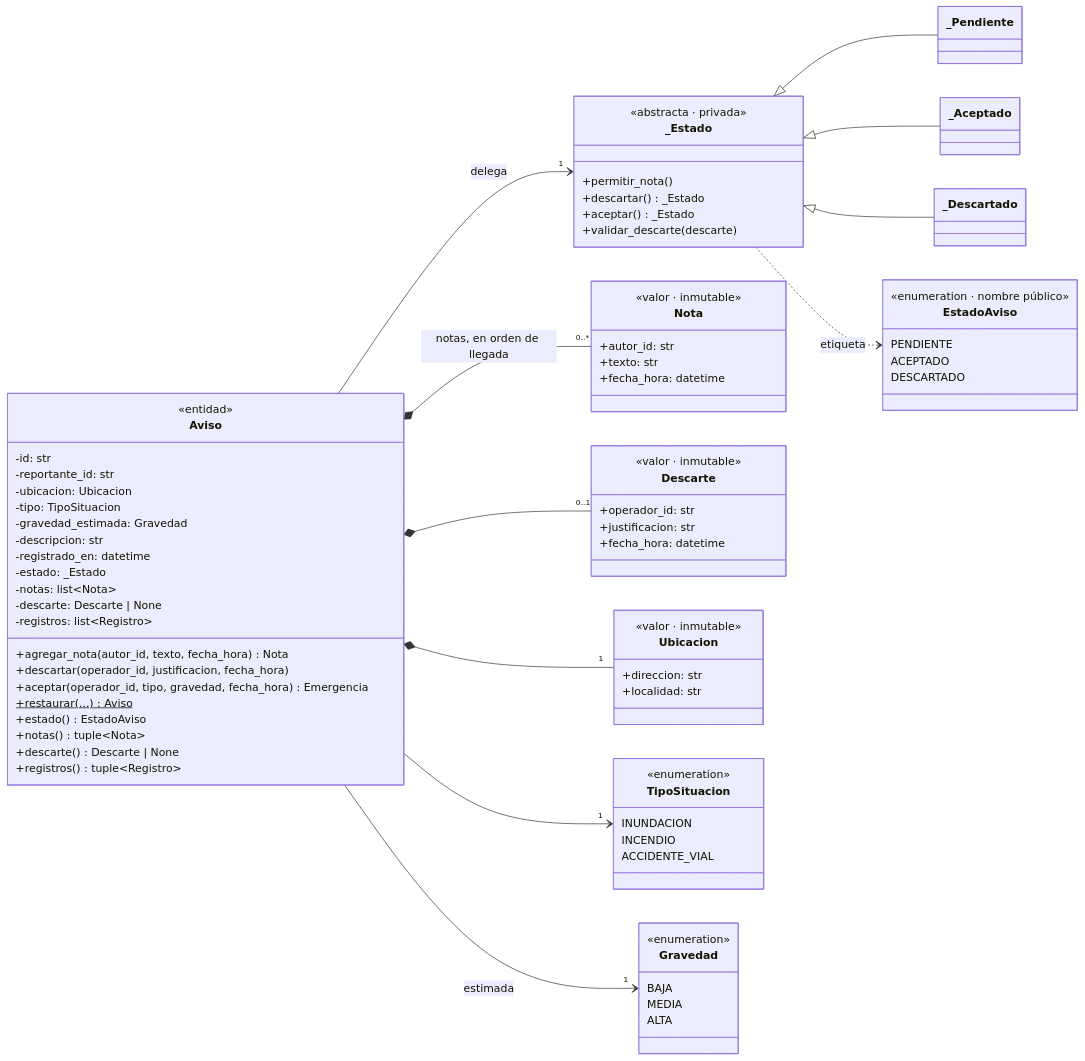
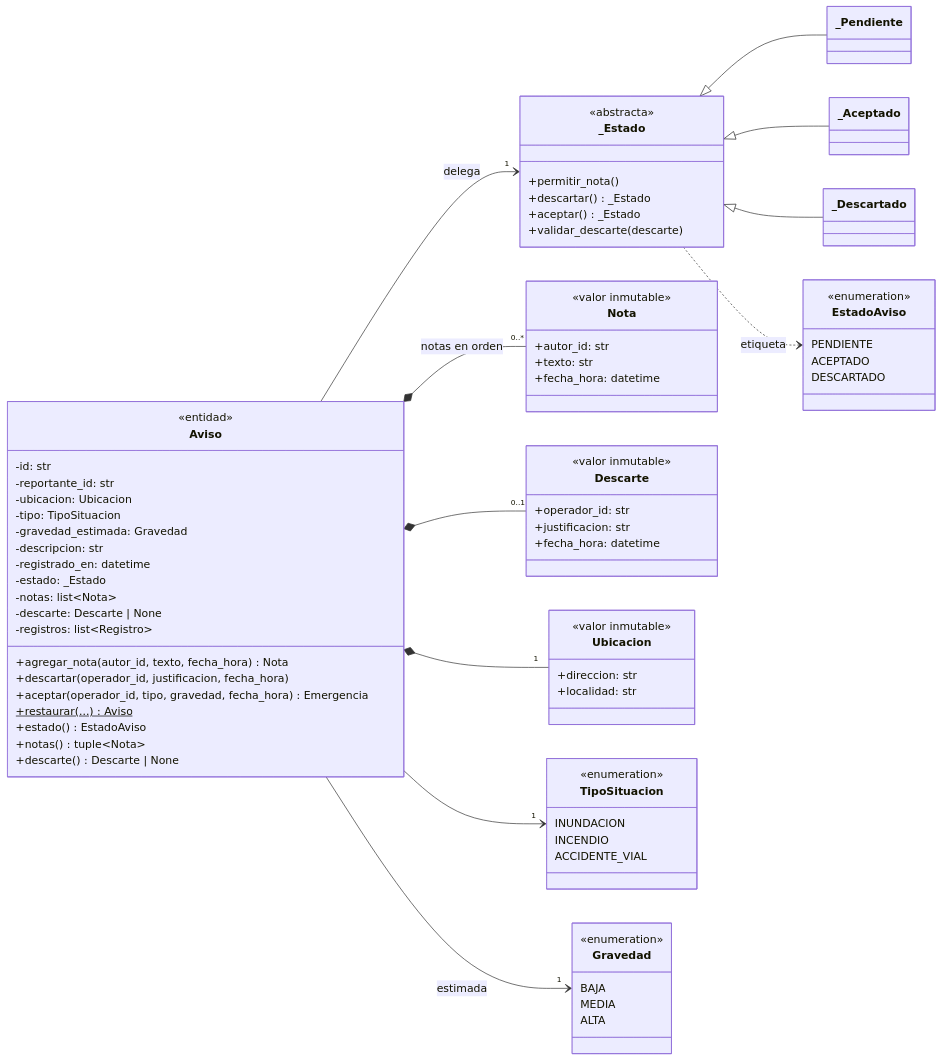
Before and after one commit to franacu/ProyectoFinal-PP5: the first of 2 diagrams in docs/avance-1.md, drawn with Mermaid. The commit also changed other lines of this file, not shown here.

````diff
--- a/docs/avance-1.md
+++ b/docs/avance-1.md
@@ -22,7 +99,6 @@
 ```mermaid
 classDiagram
     direction LR
-
     class Aviso {
         <<entidad>>
         -id: str
@@ -43,11 +119,9 @@
         +estado() EstadoAviso
         +notas() tuple~Nota~
         +descarte() Descarte | None
-        +registros() tuple~Registro~
     }
-
     class _Estado {
-        <<abstracta · privada>>
+        <<abstracta>>
         +permitir_nota()
         +descartar() _Estado
         +aceptar() _Estado
@@ -56,50 +130,43 @@
     class _Pendiente
     class _Aceptado
     class _Descartado
-
     class Nota {
-        <<valor · inmutable>>
+        <<valor inmutable>>
         +autor_id: str
         +texto: str
         +fecha_hora: datetime
     }
-
     class Descarte {
-        <<valor · inmutable>>
+        <<valor inmutable>>
         +operador_id: str
         +justificacion: str
         +fecha_hora: datetime
     }
-
     class Ubicacion {
-        <<valor · inmutable>>
+        <<valor inmutable>>
         +direccion: str
         +localidad: str
     }
-
     class EstadoAviso {
-        <<enumeration · nombre público>>
+        <<enumeration>>
         PENDIENTE
         ACEPTADO
         DESCARTADO
     }
-
     class TipoSituacion {
         <<enumeration>>
         INUNDACION
         INCENDIO
         ACCIDENTE_VIAL
     }
-
     class Gravedad {
         <<enumeration>>
         BAJA
         MEDIA
         ALTA
     }
-
     Aviso *-- "1" Ubicacion
-    Aviso *-- "0..*" Nota : notas, en orden de llegada
+    Aviso *-- "0..*" Nota : notas en orden
     Aviso *-- "0..1" Descarte
     Aviso --> "1" _Estado : delega
     _Estado <|-- _Pendiente
````
